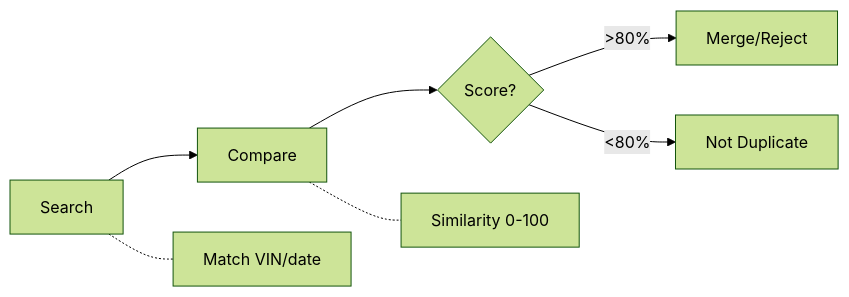
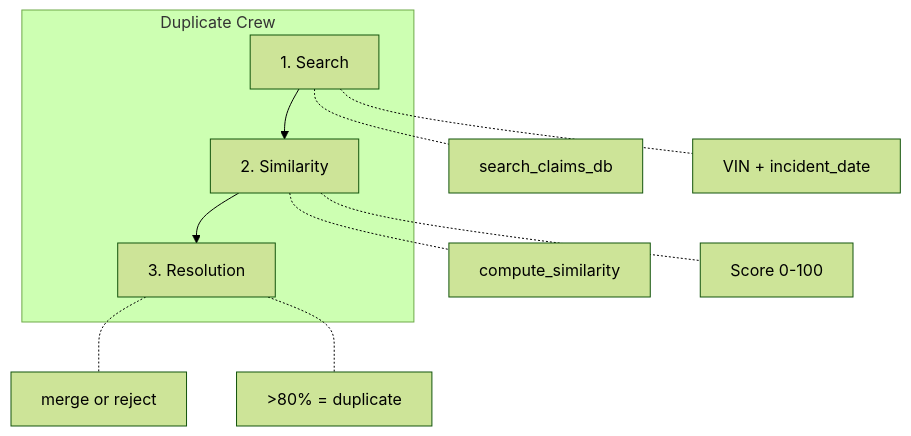
One commit to csmangum/auto-agent changed the third of 6 diagrams in docs/crews.md. Above: the diagram before and after it, drawn with Mermaid (forest theme). The commit also changed other lines of this file and 3 other files, not shown here.

First line of the commit message:
Formalize Duplicate Claim Flow (fixes #57)

````diff
--- a/docs/crews.md
+++ b/docs/crews.md
@@ -169,9 +170,15 @@
 ```mermaid
-flowchart LR
-    A[Search] --> B[Compare] --> C{Score?}
-    C -->|>80%| D[Merge/Reject]
-    C -->|<80%| E[Not Duplicate]
+flowchart TB
+    subgraph Duplicate["Duplicate Crew"]
+        A[1. Search] --> B[2. Similarity] --> C[3. Resolution]
+    end
     
-    A -.- A1[Match VIN/date]
-    B -.- B1[Similarity 0-100]
+    A -.- A1[search_claims_db]
+    A -.- A2[VIN + incident_date]
+    
+    B -.- B1[compute_similarity]
+    B -.- B2[Score 0-100]
+    
+    C -.- C1[merge or reject]
+    C -.- C2[>80% = duplicate]
 ```
````
